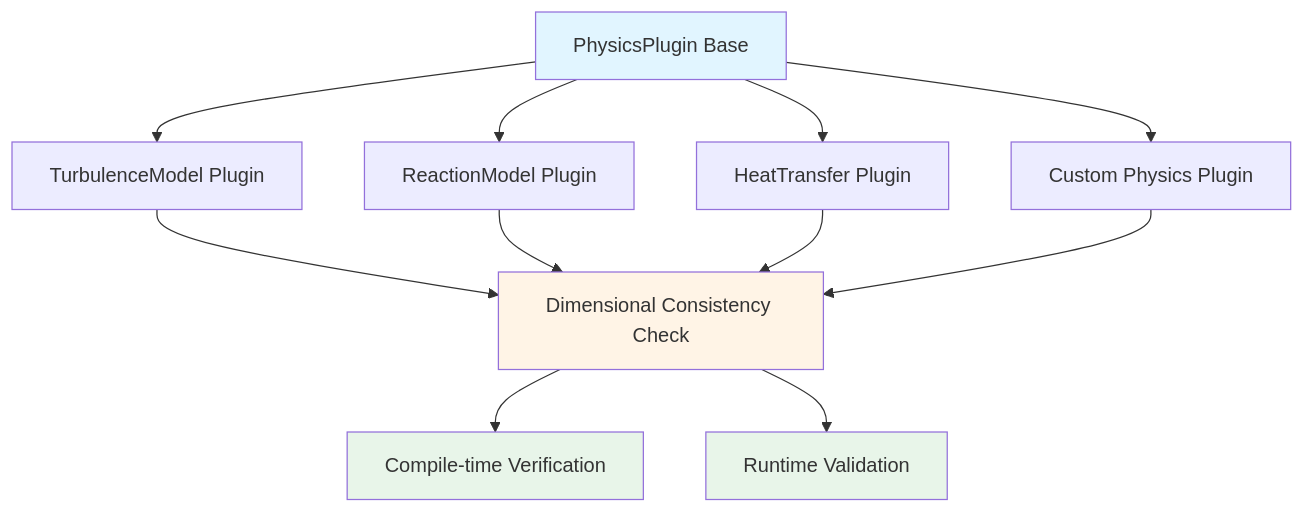
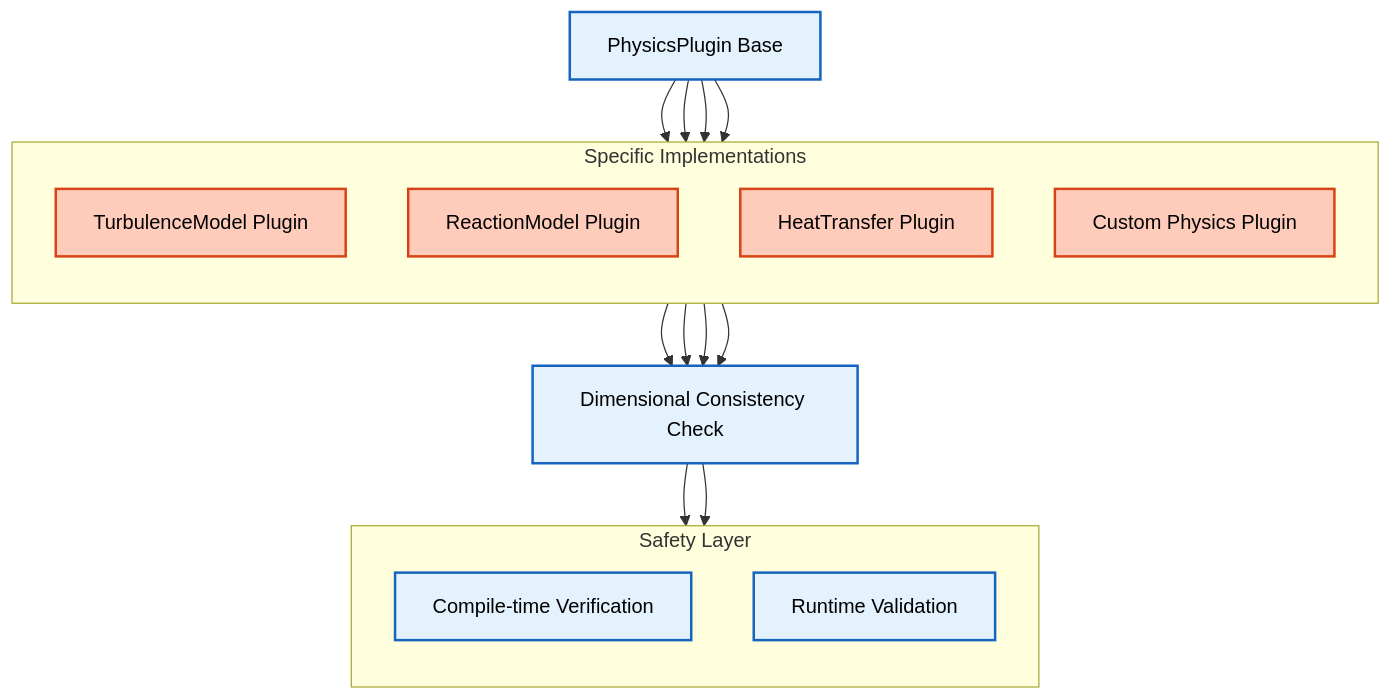
One commit to wramet/build-my-cfd changed the first of 5 diagrams in MODULE_05_OPENFOAM_PROGRAMMING/CONTENT/02_DIMENSIONED_TYPES/06_Engineering_Benefits.md. Above: the diagram before and after it, drawn with Mermaid. The commit also changed other lines of this file and 313 other files, not shown here.

Commit message:
Revise all diagram

````diff
--- a/MODULE_05_OPENFOAM_PROGRAMMING/CONTENT/02_DIMENSIONED_TYPES/06_Engineering_Benefits.md
+++ b/MODULE_05_OPENFOAM_PROGRAMMING/CONTENT/02_DIMENSIONED_TYPES/06_Engineering_Benefits.md
@@ -7,20 +7,30 @@
 ```mermaid
 flowchart TD
-    A[PhysicsPlugin Base] --> B[TurbulenceModel Plugin]
-    A --> C[ReactionModel Plugin]
-    A --> D[HeatTransfer Plugin]
-    A --> E[Custom Physics Plugin]
+%% Classes
+classDef explicit fill:#ffccbc,stroke:#d84315,stroke-width:2px,color:#000
+classDef implicit fill:#e3f2fd,stroke:#1565c0,stroke-width:2px,color:#000
 
-    B --> F[Dimensional Consistency Check]
-    C --> F
-    D --> F
-    E --> F
+subgraph Plugins["Specific Implementations"]
+    direction TB
+    B[TurbulenceModel Plugin]:::explicit
+    C[ReactionModel Plugin]:::explicit
+    D[HeatTransfer Plugin]:::explicit
+    E[Custom Physics Plugin]:::explicit
+end
 
-    F --> G[Compile-time Verification]
-    F --> H[Runtime Validation]
+A[PhysicsPlugin Base]:::implicit --> B
+A --> C
+A --> D
+A --> E
 
-    style A fill:#e1f5ff
-    style F fill:#fff4e6
-    style G fill:#e8f5e9
-    style H fill:#e8f5e9
+B & C & D & E --> F[Dimensional Consistency Check]:::implicit
+
+subgraph Verification["Safety Layer"]
+    direction TB
+    G[Compile-time Verification]:::implicit
+    H[Runtime Validation]:::implicit
+end
+
+F --> G
+F --> H
 ```
````
